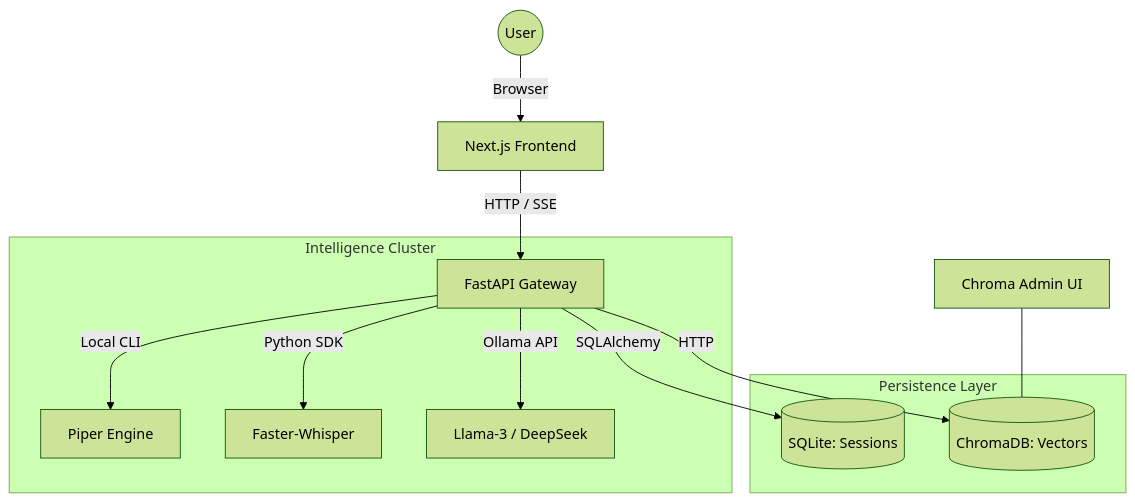
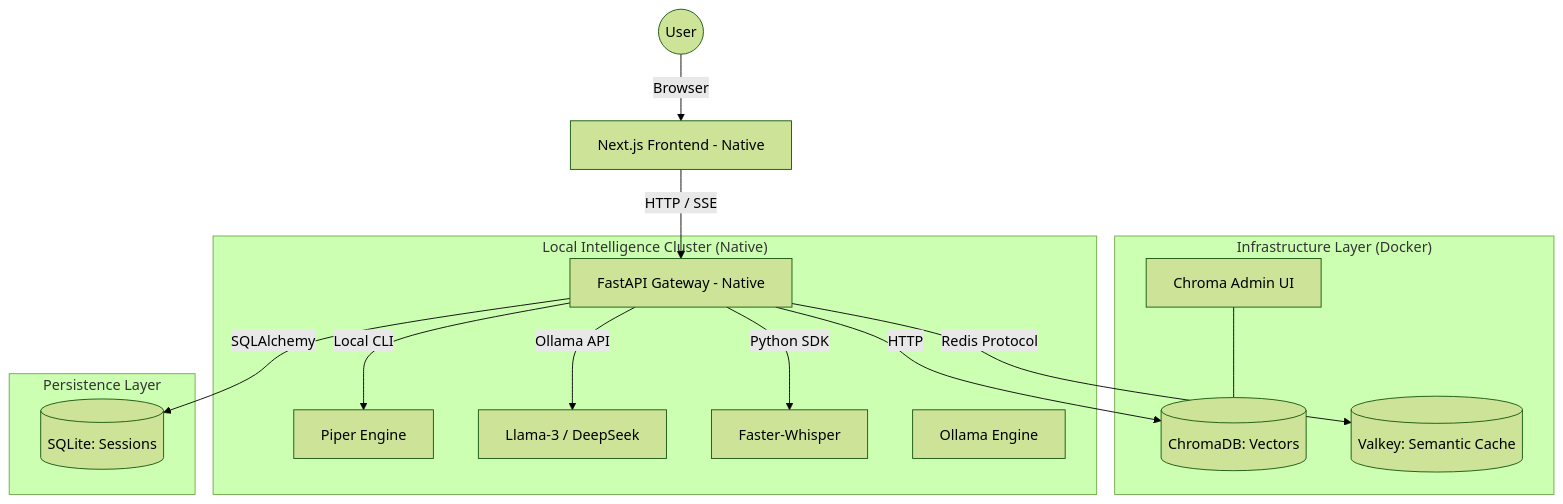
The diagram in SYSTEM_DESIGN.md (Kimosabey/kimo-labs-ai), drawn with Mermaid (forest theme) before and after one commit. The commit also changed other lines of this file and 6 other files, not shown here.

Commit message:
feat(frontend): implement scalable workbench shell and intelligence node registry

````diff
--- a/SYSTEM_DESIGN.md
+++ b/SYSTEM_DESIGN.md
@@ -9,18 +9,26 @@
 ```mermaid
 graph TD
-    User((User)) -->|Browser| Frontend[Next.js Frontend]
-    Frontend -->|HTTP / SSE| API[FastAPI Gateway]
+    User((User)) -->|Browser| Frontend[Next.js Frontend - Native]
+    Frontend -->|HTTP / SSE| API[FastAPI Gateway - Native]
     
-    subgraph "Intelligence Cluster"
+    subgraph "Infrastructure Layer (Docker)"
+        Chroma[(ChromaDB: Vectors)]
+        Cache[(Valkey: Semantic Cache)]
+        ChromaUI[Chroma Admin UI]
+    end
+    
+    subgraph "Local Intelligence Cluster (Native)"
         API -->|Local CLI| TTS[Piper Engine]
+        API -->|Ollama API| LLM[Llama-3 / DeepSeek]
         API -->|Python SDK| ASR[Faster-Whisper]
-        API -->|Ollama API| LLM[Llama-3 / DeepSeek]
+        Ollama[Ollama Engine]
     end
     
     subgraph "Persistence Layer"
         API -->|SQLAlchemy| DB[(SQLite: Sessions)]
-        API -->|HTTP| Chroma[(ChromaDB: Vectors)]
+        API -->|HTTP| Chroma
+        API -->|Redis Protocol| Cache
     end
     
-    ChromaUI[Chroma Admin UI] --- Chroma
+    ChromaUI --- Chroma
 ```
````
